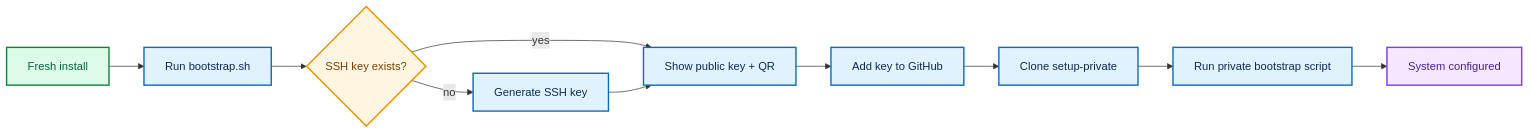
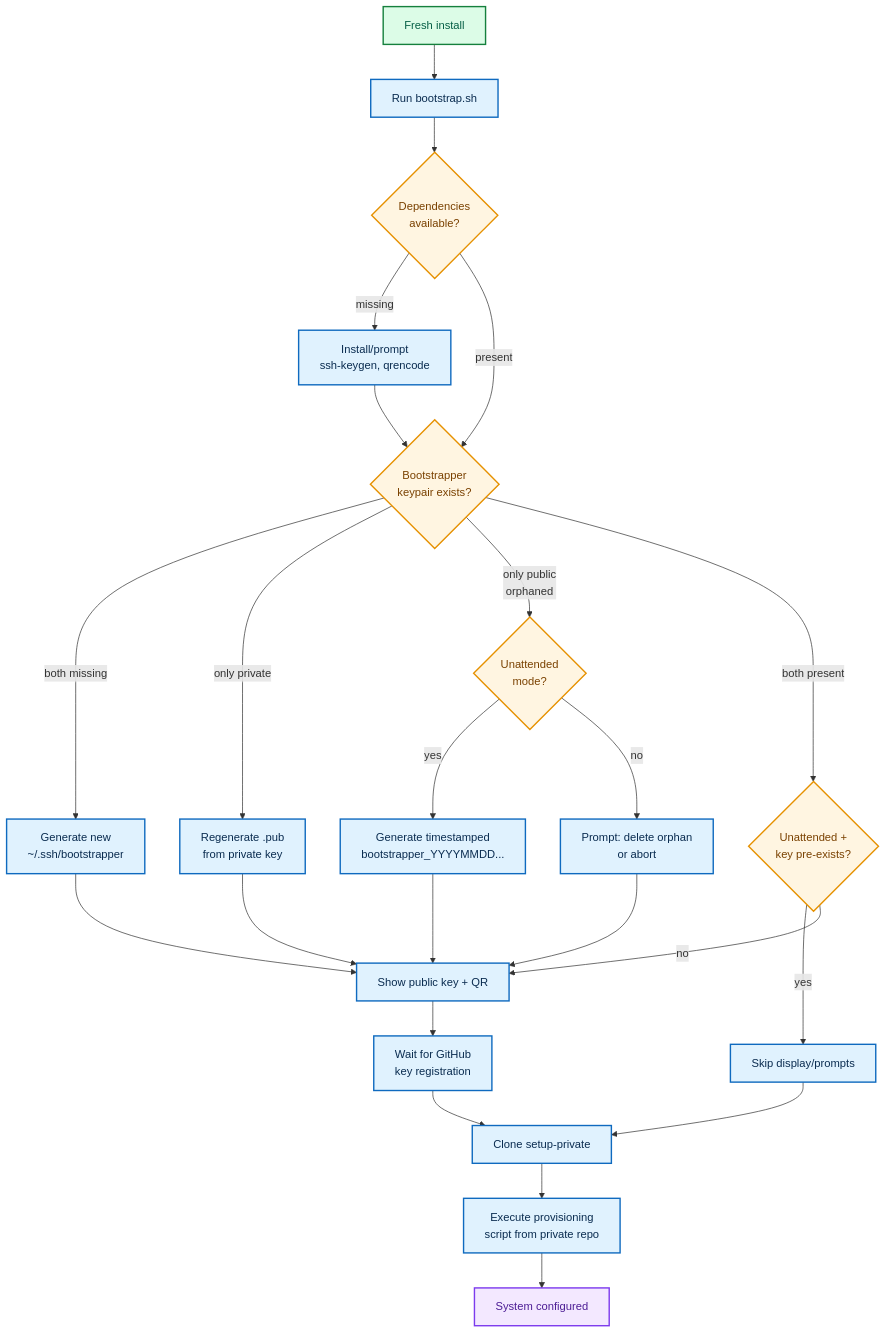
The diagram in README.md (Ryther/machine-bootstrapper), drawn with Mermaid before and after one commit. The commit also changed other lines of this file and 1 other file, not shown here.

Commit message:
docs(readme): [gh-1] update documentation with enhanced flow diagram and contributing guide

````diff
--- a/README.md
+++ b/README.md
@@ -85,25 +87,38 @@
 ```mermaid
-flowchart LR
+flowchart TB
 A[Fresh install] --> B[Run bootstrap.sh]
-B --> C{SSH key exists?}
-C -- no --> D[Generate SSH key]
-C -- yes --> E[Show public key + QR]
+B --> C{Dependencies<br/>available?}
+C -->|missing| D[Install/prompt<br/>ssh-keygen, qrencode]
+C -->|present| E{Bootstrapper<br/>keypair exists?}
 D --> E
-E --> F[Add key to GitHub]
-F --> G[Clone setup-private]
-G --> H[Run private bootstrap script]
-H --> I[System configured]
+
+E -->|both missing| F[Generate new<br/>~/.ssh/bootstrapper]
+E -->|only private| G[Regenerate .pub<br/>from private key]
+E -->|only public<br/>orphaned| H{Unattended<br/>mode?}
+H -->|yes| I[Generate timestamped<br/>bootstrapper_YYYYMMDD...]
+H -->|no| J[Prompt: delete orphan<br/>or abort]
+E -->|both present| K{Unattended +<br/>key pre-exists?}
+
+F --> L[Show public key + QR]
+G --> L
+I --> L
+J --> L
+K -->|yes| M[Skip display/prompts]
+K -->|no| L
+
+L --> N[Wait for GitHub<br/>key registration]
+M --> O[Clone setup-private]
+N --> O
+O --> P[Execute provisioning<br/>script from private repo]
+P --> Q[System configured]
 
 classDef process fill:#E0F2FE,stroke:#0F6ABF,color:#0A2C50,stroke-width:2px;
-
 classDef decision fill:#FFF5E1,stroke:#E69100,color:#7A4100,stroke-width:2px;
-
 classDef start fill:#DCFCE7,stroke:#15803D,color:#065F46,stroke-width:2px;
-
 classDef finish fill:#F3E8FF,stroke:#7C3AED,color:#4C1D95,stroke-width:2px;
 
-class B,D,E,F,G,H process;
-class C decision;
+class B,D,F,G,I,J,L,M,N,O,P process;
+class C,E,H,K decision;
 class A start;
-class I finish;
+class Q finish;
 ```
````
